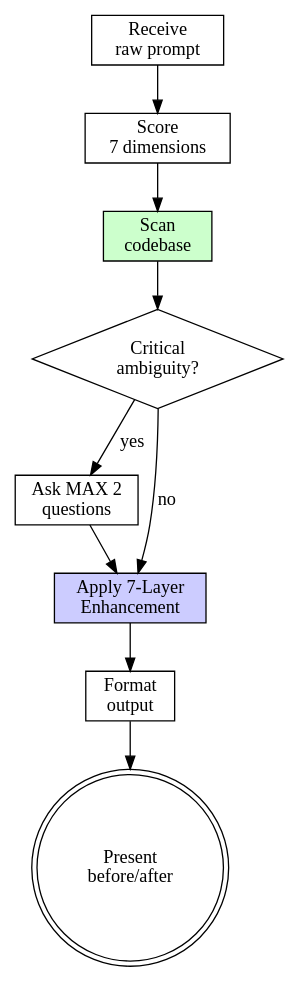
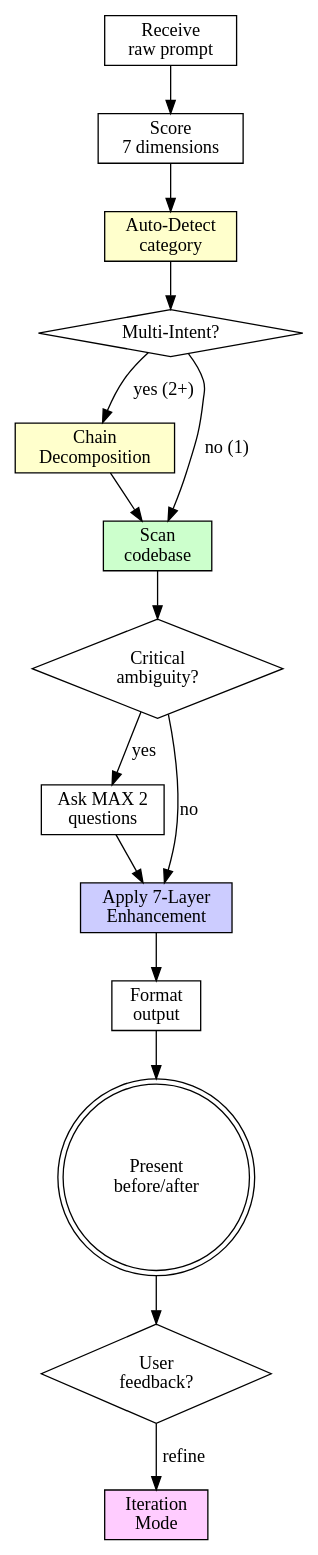
Before and after one commit to wtfhanin/Enhance-Prompt: the diagram in skills/enhance-prompt/SKILL.md, drawn with Graphviz. The commit also changed other lines of this file and 7 other files, not shown here.

First line of the commit message:
feat: add auto-category detection, prompt chain decomposition, and iteration mode

````diff
--- a/skills/enhance-prompt/SKILL.md
+++ b/skills/enhance-prompt/SKILL.md
@@ -55,22 +58,33 @@
 ```dot
 digraph enhance_prompt {
     rankdir=TB;
     receive [label="Receive\nraw prompt", shape=box];
     score [label="Score\n7 dimensions", shape=box];
+    detect [label="Auto-Detect\ncategory", shape=box, style=filled, fillcolor="#ffffcc"];
+    multi [label="Multi-Intent?", shape=diamond];
+    chain [label="Chain\nDecomposition", shape=box, style=filled, fillcolor="#ffffcc"];
     scan [label="Scan\ncodebase", shape=box, style=filled, fillcolor="#ccffcc"];
     ambiguous [label="Critical\nambiguity?", shape=diamond];
     ask [label="Ask MAX 2\nquestions", shape=box];
     enhance [label="Apply 7-Layer\nEnhancement", shape=box, style=filled, fillcolor="#ccccff"];
     format [label="Format\noutput", shape=box];
     present [label="Present\nbefore/after", shape=doublecircle];
+    feedback [label="User\nfeedback?", shape=diamond];
+    iterate [label="Iteration\nMode", shape=box, style=filled, fillcolor="#ffccff"];
 
     receive -> score;
-    score -> scan;
+    score -> detect;
+    detect -> multi;
+    multi -> chain [label="yes (2+)"];
+    multi -> scan [label="no (1)"];
+    chain -> scan;
     scan -> ambiguous;
     ambiguous -> ask [label="yes"];
     ambiguous -> enhance [label="no"];
     ask -> enhance;
     enhance -> format;
     format -> present;
+    present -> feedback;
+    feedback -> iterate [label="refine"];
 }
 ```
````
